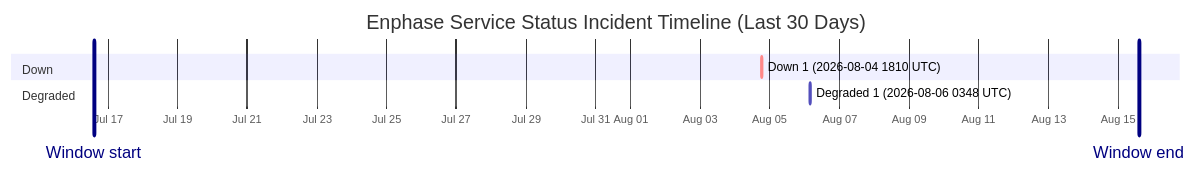
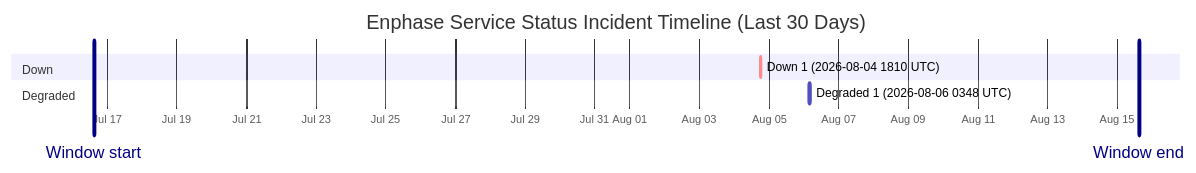
One commit to barneyonline/ha-enphase-energy changed the diagram in wiki/Service-Status-History.md. Above: the diagram before and after it, drawn with Mermaid. The commit also changed other lines of this file and 3 other files, not shown here.

````diff
--- a/wiki/Service-Status-History.md
+++ b/wiki/Service-Status-History.md
@@ -14,12 +14,12 @@
 ```mermaid
 gantt
     title Enphase Service Status Incident Timeline (Last 30 Days)
     dateFormat  YYYY-MM-DDTHH:mm:ss
     axisFormat  %b %d
-    Window start :vert, window-start, 2026-07-16T14:19:52, 0ms
-    Window end :vert, window-end, 2026-08-15T14:19:52, 0ms
+    Window start :vert, window-start, 2026-07-16T14:47:54, 0ms
+    Window end :vert, window-end, 2026-08-15T14:47:54, 0ms
     section Down
     Down 1 (2026-08-04 1810 UTC) :crit, down-1, 2026-08-04T18:10:46, 60m
     section Degraded
     Degraded 1 (2026-08-06 0348 UTC) :active, degraded-1, 2026-08-06T03:48:14, 60m
 ```
````
